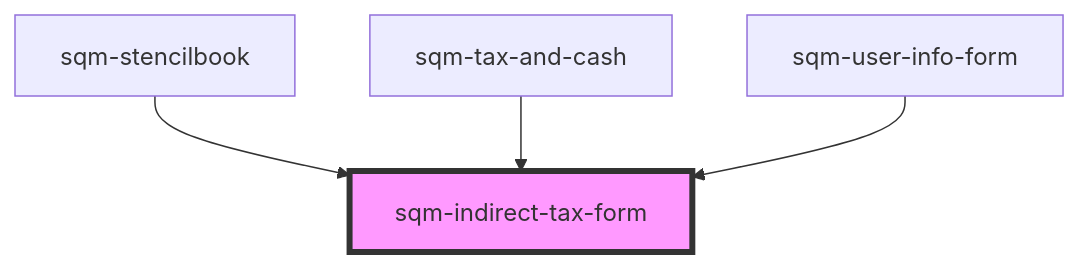
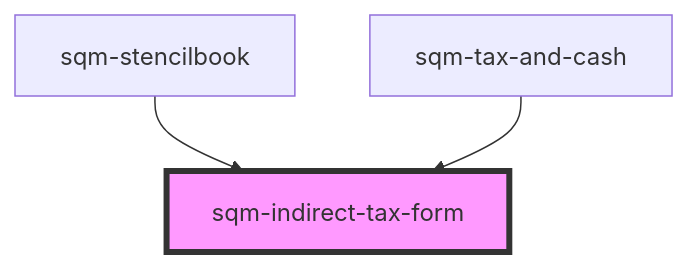
The diagram in packages/mint-components/src/components/tax-and-cash/sqm-indirect-tax-form/readme.md (saasquatch/program-tools), drawn with Mermaid before and after one commit. The commit also changed other lines of this file and 28 other files, not shown here.

Commit message:
fix code splitting for sqm-user-info-form

````diff
--- a/packages/mint-components/src/components/tax-and-cash/sqm-indirect-tax-form/readme.md
+++ b/packages/mint-components/src/components/tax-and-cash/sqm-indirect-tax-form/readme.md
@@ -52,7 +51,6 @@
 ```mermaid
 graph TD;
   sqm-stencilbook --> sqm-indirect-tax-form
   sqm-tax-and-cash --> sqm-indirect-tax-form
-  sqm-user-info-form --> sqm-indirect-tax-form
   style sqm-indirect-tax-form fill:#f9f,stroke:#333,stroke-width:4px
 ```
````
